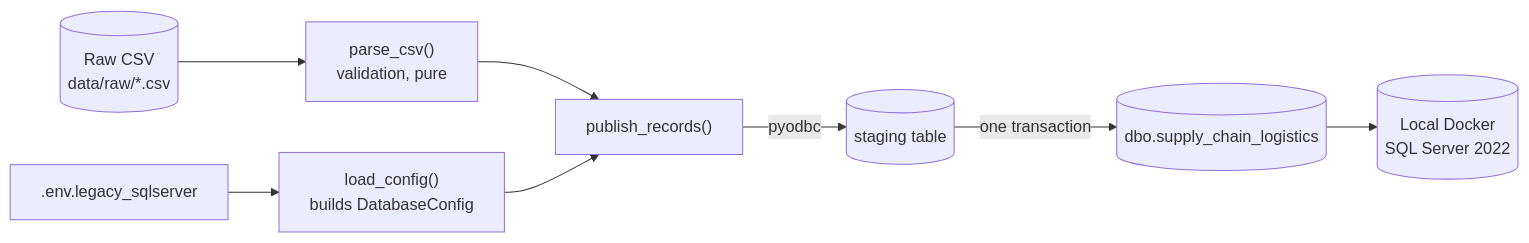
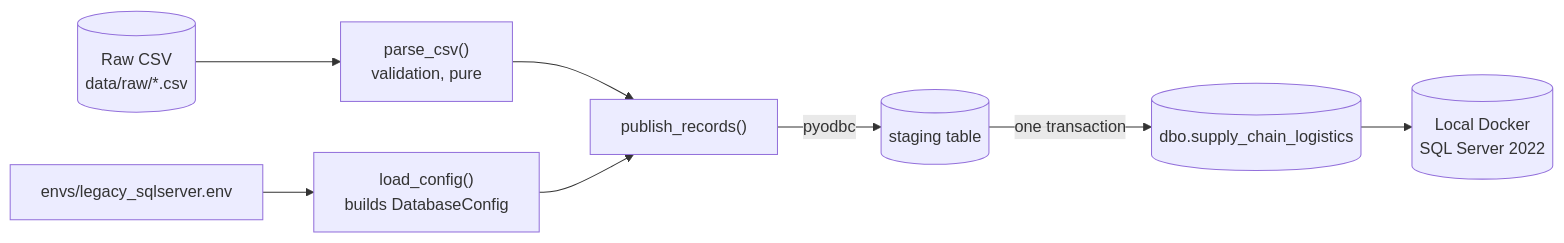
The second of 4 diagrams in docs/domain-model.md (ibraheem15/supply-chain-data-assistant), drawn with Mermaid before and after one commit. The commit also changed other lines of this file and 16 other files, not shown here.

````diff
--- a/docs/domain-model.md
+++ b/docs/domain-model.md
@@ -47,10 +49,10 @@
 ```mermaid
 flowchart LR
     CSV[("Raw CSV\ndata/raw/*.csv")] --> Parse["parse_csv()\nvalidation, pure"]
-    EnvFile[".env.legacy_sqlserver"] --> Config["load_config()\nbuilds DatabaseConfig"]
+    EnvFile["envs/legacy_sqlserver.env"] --> Config["load_config()\nbuilds DatabaseConfig"]
     Parse --> Publish["publish_records()"]
     Config --> Publish
     Publish -->|pyodbc| Staging[("staging table")]
     Staging -->|one transaction| Final[("dbo.supply_chain_logistics")]
     Final --> SQLServer[("Local Docker\nSQL Server 2022")]
 ```
````
